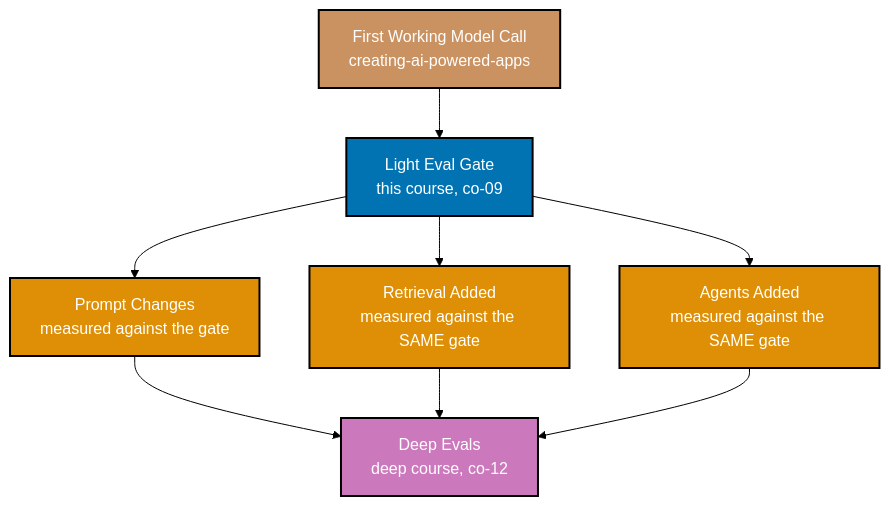
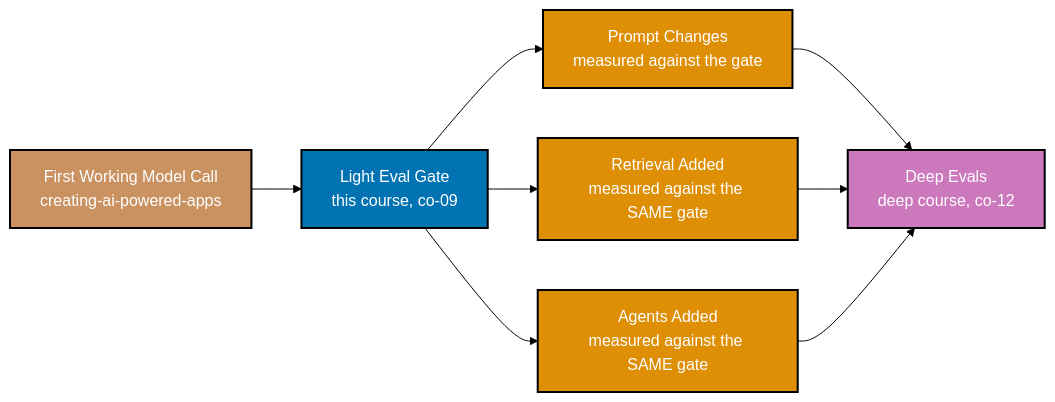
The diagram in apps/ayokoding-www/content/en/learn/courses/evaluating-ai-output-essentials/learning/artifacts/ex-43-eval-gate-in-the-loop-diagram.md (wahidyankf/open-sharia-fintech), drawn with Mermaid (forest theme) before and after one commit. The commit also changed 3 other files, not shown here.

First line of the commit message:
fix(ayokoding-www): revert case-10 to exact_match, fix Mermaid TD to LR

````diff
--- a/apps/ayokoding-www/content/en/learn/courses/evaluating-ai-output-essentials/learning/artifacts/ex-43-eval-gate-in-the-loop-diagram.md
+++ b/apps/ayokoding-www/content/en/learn/courses/evaluating-ai-output-essentials/learning/artifacts/ex-43-eval-gate-in-the-loop-diagram.md
@@ -11,24 +11,24 @@
 ```mermaid
 %% Color Palette: Blue #0173B2, Orange #DE8F05, Teal #029E73, Purple #CC78BC, Brown #CA9161
 %% All colors are color-blind friendly and meet WCAG AA contrast standards
-graph TD
+graph LR
     M["First Working Model Call<br/>creating-ai-powered-apps"]:::brown
     G["Light Eval Gate<br/>this course, co-09"]:::blue
     P["Prompt Changes<br/>measured against the gate"]:::orange
     R["Retrieval Added<br/>measured against the SAME gate"]:::orange
     A["Agents Added<br/>measured against the SAME gate"]:::orange
     D["Deep Evals<br/>deep course, co-12"]:::purple
 
     M --> G
     G --> P
     G --> R
     G --> A
     P --> D
     R --> D
     A --> D
 
     classDef brown fill:#CA9161,stroke:#000000,color:#FFFFFF,stroke-width:2px
     classDef blue fill:#0173B2,stroke:#000000,color:#FFFFFF,stroke-width:2px
     classDef orange fill:#DE8F05,stroke:#000000,color:#FFFFFF,stroke-width:2px
     classDef purple fill:#CC78BC,stroke:#000000,color:#FFFFFF,stroke-width:2px
 ```
````
